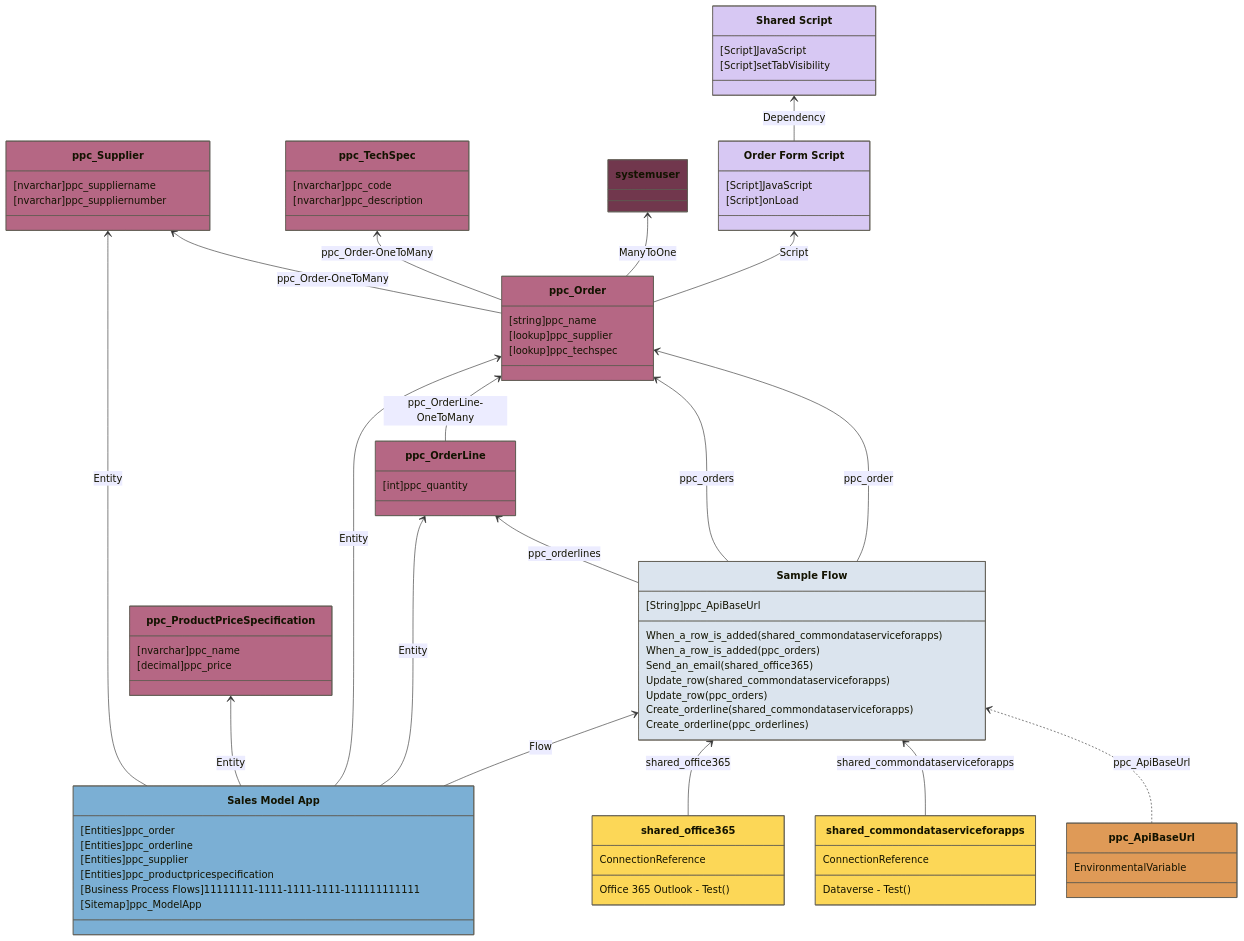
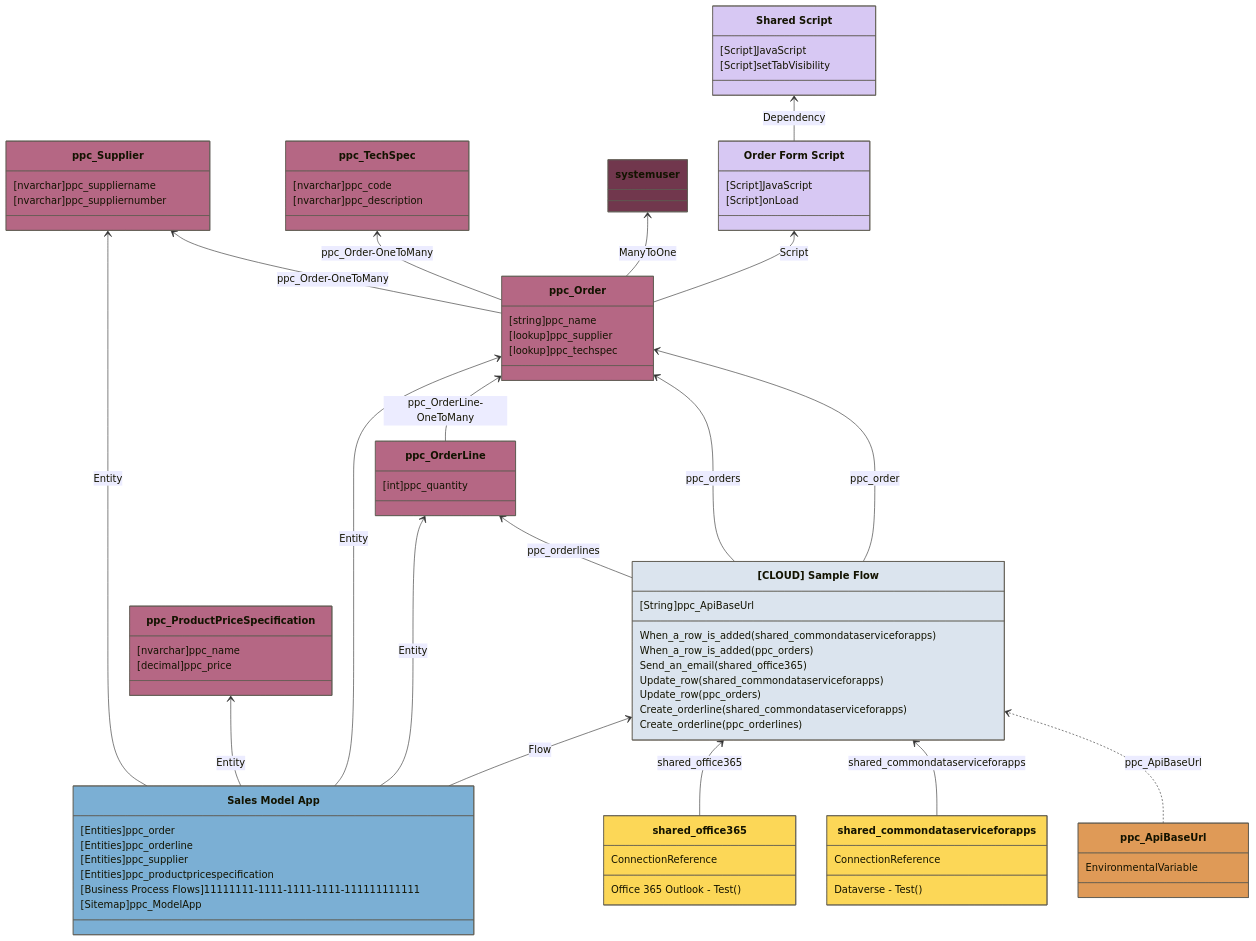
Before and after one commit to autosysops/PowerShell_PowerPlatformChecker: the diagram in tests/fixtures/expected/ArchitectureDiagram.ModelDriven.BT.expected.md, drawn with Mermaid. The commit also changed 203 other files, not shown here.

Commit message:
wip external connections and desktop flows

```diff
--- a/tests/fixtures/expected/ArchitectureDiagram.ModelDriven.BT.expected.md
+++ b/tests/fixtures/expected/ArchitectureDiagram.ModelDriven.BT.expected.md
@@ -1,7 +1,7 @@
 :::mermaid
 classDiagram
 direction BT
-class flow11111111-1111-1111-1111-111111111111["Sample Flow"]:::Flow {
+class flow11111111-1111-1111-1111-111111111111["[CLOUD] Sample Flow"]:::Flow {
     [String]ppc_ApiBaseUrl
     When_a_row_is_added(shared_commondataserviceforapps)
     When_a_row_is_added(ppc_orders)
```
